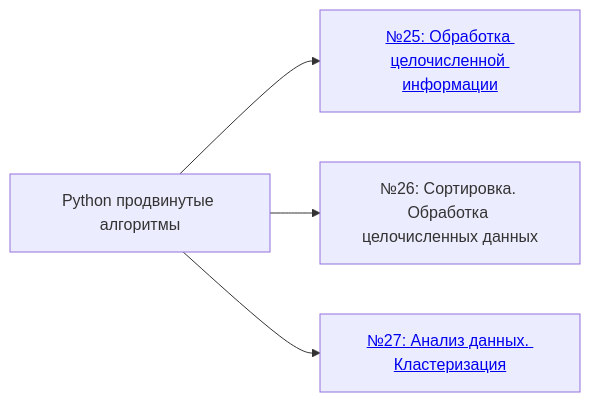
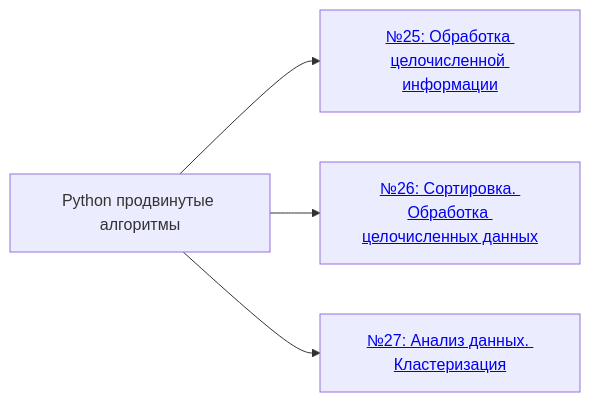
Before and after one commit to scharfff/spbpu-inf-course: the sixth of 6 diagrams in README.md, drawn with Mermaid. The commit also changed other lines of this file, not shown here.

````diff
--- a/README.md
+++ b/README.md
@@ -172,10 +172,11 @@
 ```mermaid
 flowchart LR
   T6["Python продвинутые алгоритмы"]
   T6 --> T6b["<a href='https://github.com/scharfff/spbpu-inf-course/tree/2027/Задание_25_Маски_чисел_и_делители'>№25: Обработка целочисленной информации</a>"]
-  T6 --> T6c["№26: Сортировка. Обработка целочисленных данных"]
+  T6 --> T6c["<a href='https://github.com/scharfff/spbpu-inf-course/tree/2027/Задание_26_Сортировка'>№26: Сортировка. Обработка целочисленных данных</a>"]
   T6 --> T6d["<a href='https://github.com/scharfff/spbpu-inf-course/tree/2027/Задание_27_Анализ_данных'>№27: Анализ данных. Кластеризация</a>"]
 
   click T6b "https://github.com/scharfff/spbpu-inf-course/tree/2027/Задание_25_Маски_чисел_и_делители"
+  click T6c "https://github.com/scharfff/spbpu-inf-course/tree/2027/Задание_26_Сортировка"
   click T6d "https://github.com/scharfff/spbpu-inf-course/tree/2027/Задание_27_Анализ_данных"
 ```
````
